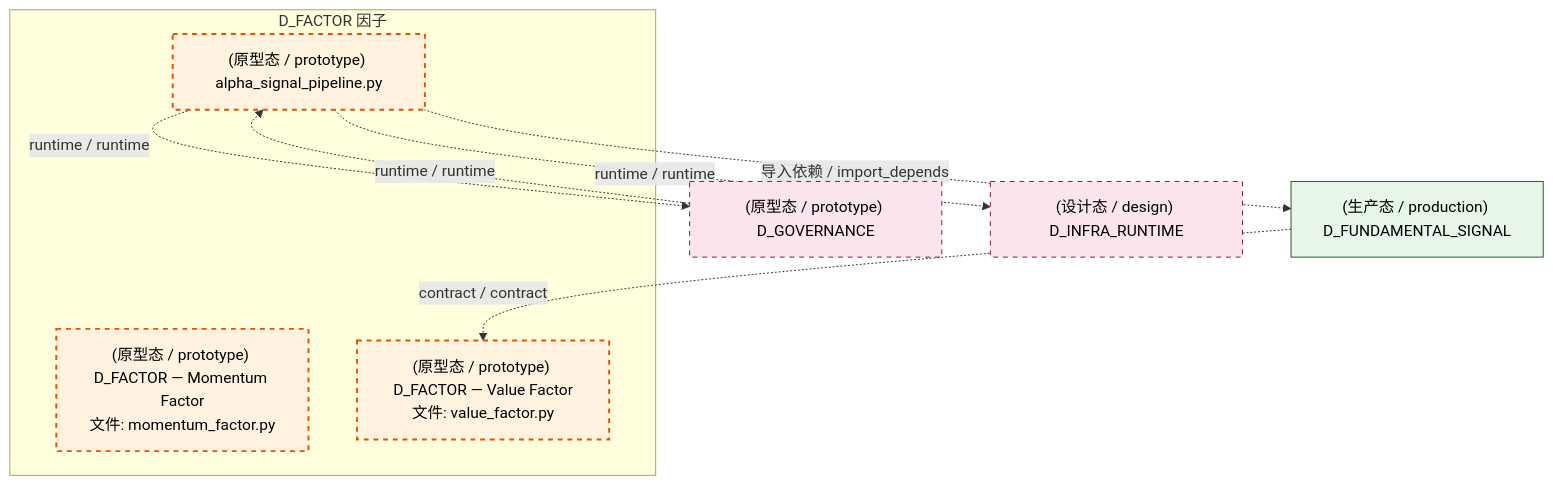
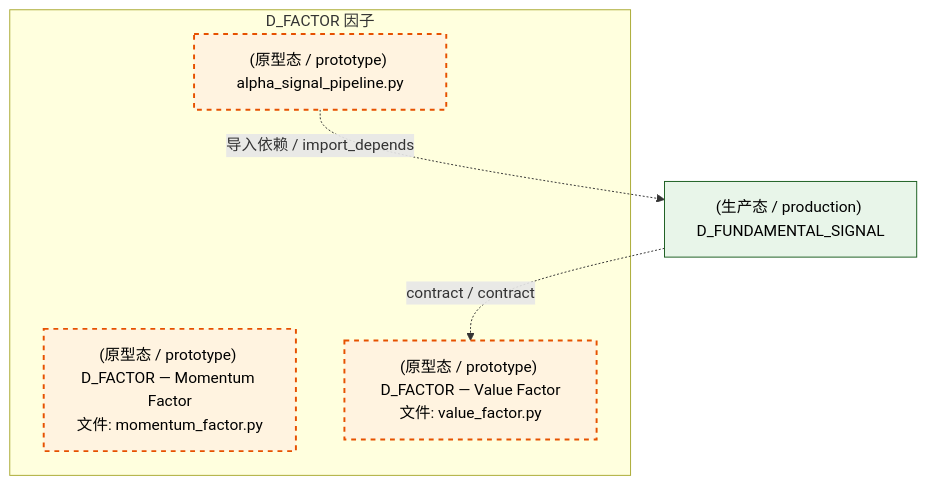
The third of 4 diagrams in docs/02_enterprise_architecture/02_domain_architecture_docs/36_d_factor.md (xuanFelixVan/ZephyrAlpha), drawn with Mermaid before and after one commit. The commit also changed other lines of this file and 105 other files, not shown here.

````diff
--- a/docs/02_enterprise_architecture/02_domain_architecture_docs/36_d_factor.md
+++ b/docs/02_enterprise_architecture/02_domain_architecture_docs/36_d_factor.md
@@ -137,23 +132,17 @@
 ```mermaid
 graph TD
     subgraph D_FACTOR["D_FACTOR 因子"]
         src_zephyr_factor_alpha_signal_pipeline_py["(原型态 / prototype) alpha_signal_pipeline.py"]
         src_zephyr_factor_momentum_factor_py["(原型态 / prototype) D_FACTOR — Momentum Factor<br/>文件: momentum_factor.py"]
         src_zephyr_factor_value_factor_py["(原型态 / prototype) D_FACTOR — Value Factor<br/>文件: value_factor.py"]
     end
-    D_GOVERNANCE["(原型态 / prototype) D_GOVERNANCE"]
-    src_zephyr_factor_alpha_signal_pipeline_py -.->|runtime / runtime| D_GOVERNANCE
-    D_INFRA_RUNTIME["(设计态 / design) D_INFRA_RUNTIME"]
-    src_zephyr_factor_alpha_signal_pipeline_py -.->|runtime / runtime| D_INFRA_RUNTIME
     D_FUNDAMENTAL_SIGNAL["(生产态 / production) D_FUNDAMENTAL_SIGNAL"]
     src_zephyr_factor_alpha_signal_pipeline_py -.->|导入依赖 / import_depends| D_FUNDAMENTAL_SIGNAL
-    D_GOVERNANCE -.->|runtime / runtime| src_zephyr_factor_alpha_signal_pipeline_py
     D_FUNDAMENTAL_SIGNAL -.->|contract / contract| src_zephyr_factor_value_factor_py
     classDef production fill:#e1f5fe,stroke:#01579b,stroke-width:2px,color:#000
     classDef design fill:#fff3e0,stroke:#e65100,stroke-width:2px,color:#000,stroke-dasharray: 5 5
     classDef external_prod fill:#e8f5e9,stroke:#1b5e20,stroke-width:1px,color:#000
     classDef external_design fill:#fce4ec,stroke:#880e4f,stroke-width:1px,color:#000,stroke-dasharray: 5 5
     class src_zephyr_factor_alpha_signal_pipeline_py,src_zephyr_factor_momentum_factor_py,src_zephyr_factor_value_factor_py design
     class D_FUNDAMENTAL_SIGNAL external_prod
-    class D_GOVERNANCE,D_INFRA_RUNTIME external_design
 ```
````
